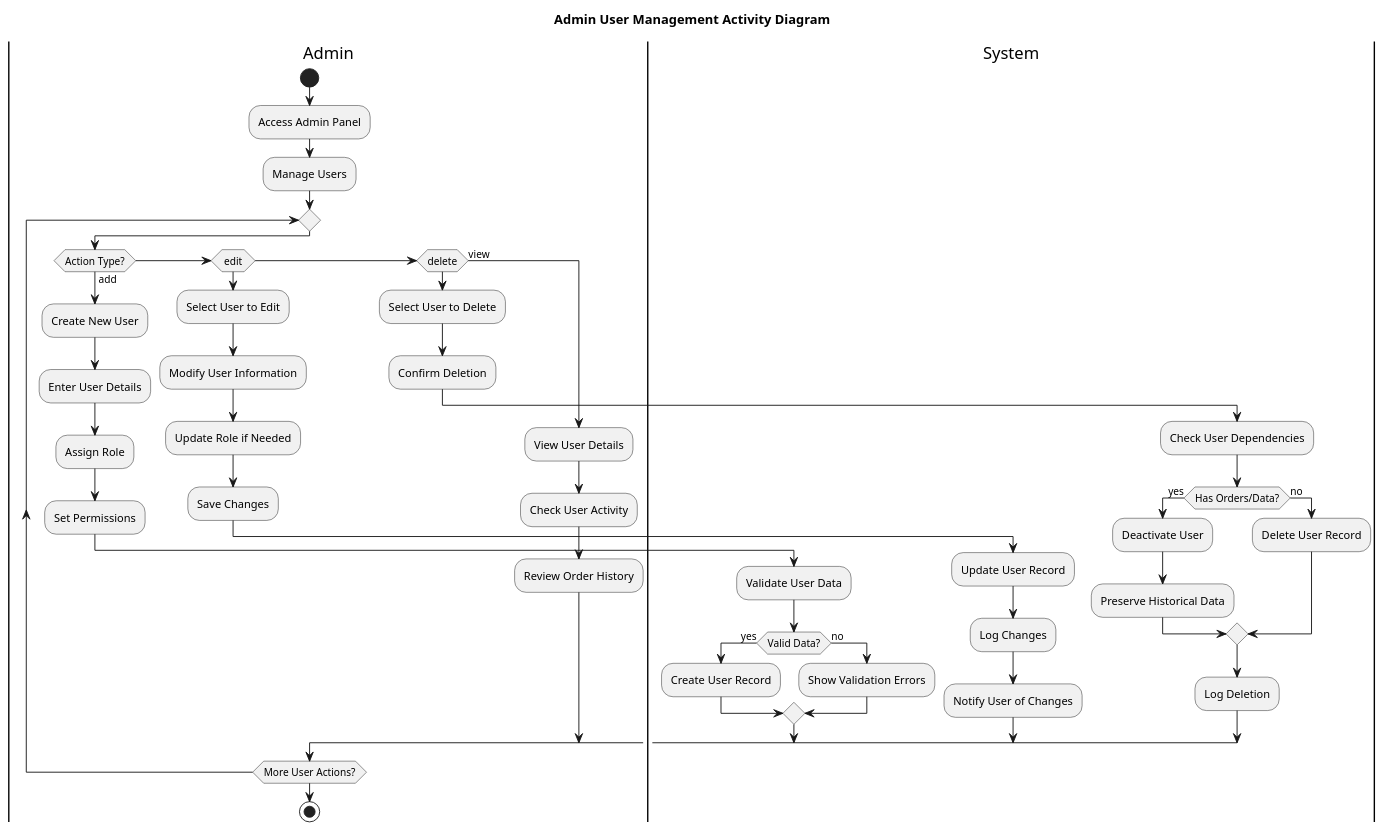
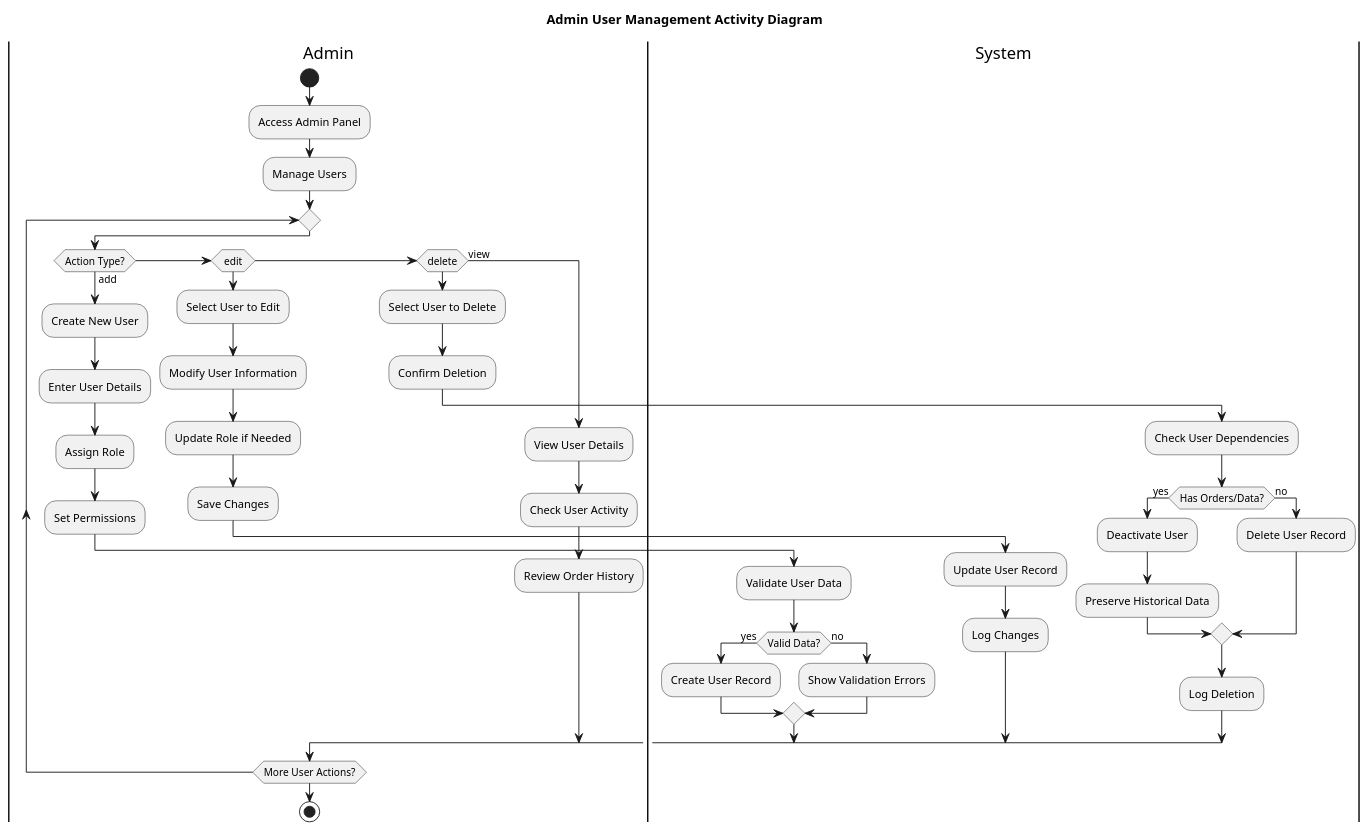
The diagram in Documents/Diagrams/Activity/admin-user-management-activity.wsd (Aliefhasyani/Halobat), drawn with PlantUML before and after one commit. The commit also changed 5 other files, not shown here.

Commit message:
FEAT: Add comprehensive activity diagrams for user registration, order management, and checkout processes; remove obsolete diagrams

```diff
--- a/Documents/Diagrams/Activity/admin-user-management-activity.wsd
+++ b/Documents/Diagrams/Activity/admin-user-management-activity.wsd
@@ -1,64 +1,63 @@
 @startuml admin-user-management-activity
 skinparam linetype spline
 title Admin User Management Activity Diagram
 
 |Admin|
 start
 :Access Admin Panel;
 :Manage Users;
 
 repeat
   if (Action Type?) then (add)
     :Create New User;
     :Enter User Details;
     :Assign Role;
     :Set Permissions;
     
     |System|
     :Validate User Data;
     if (Valid Data?) then (yes)
       :Create User Record;
     else (no)
       :Show Validation Errors;
     endif
     
     |Admin|
   elseif (edit) then
     |Admin|
     :Select User to Edit;
     :Modify User Information;
     :Update Role if Needed;
     :Save Changes;
     
     |System|
     :Update User Record;
     :Log Changes;
-    :Notify User of Changes;
     
     |Admin|
   elseif (delete) then
     |Admin|
     :Select User to Delete;
     :Confirm Deletion;
     
     |System|
     :Check User Dependencies;
     if (Has Orders/Data?) then (yes)
       :Deactivate User;
       :Preserve Historical Data;
     else (no)
       :Delete User Record;
     endif
     :Log Deletion;
     
     |Admin|  
   else (view)
     |Admin|  
     :View User Details;
     :Check User Activity;
     :Review Order History;
   endif
 repeat while (More User Actions?)
 
 stop
 @enduml
```
